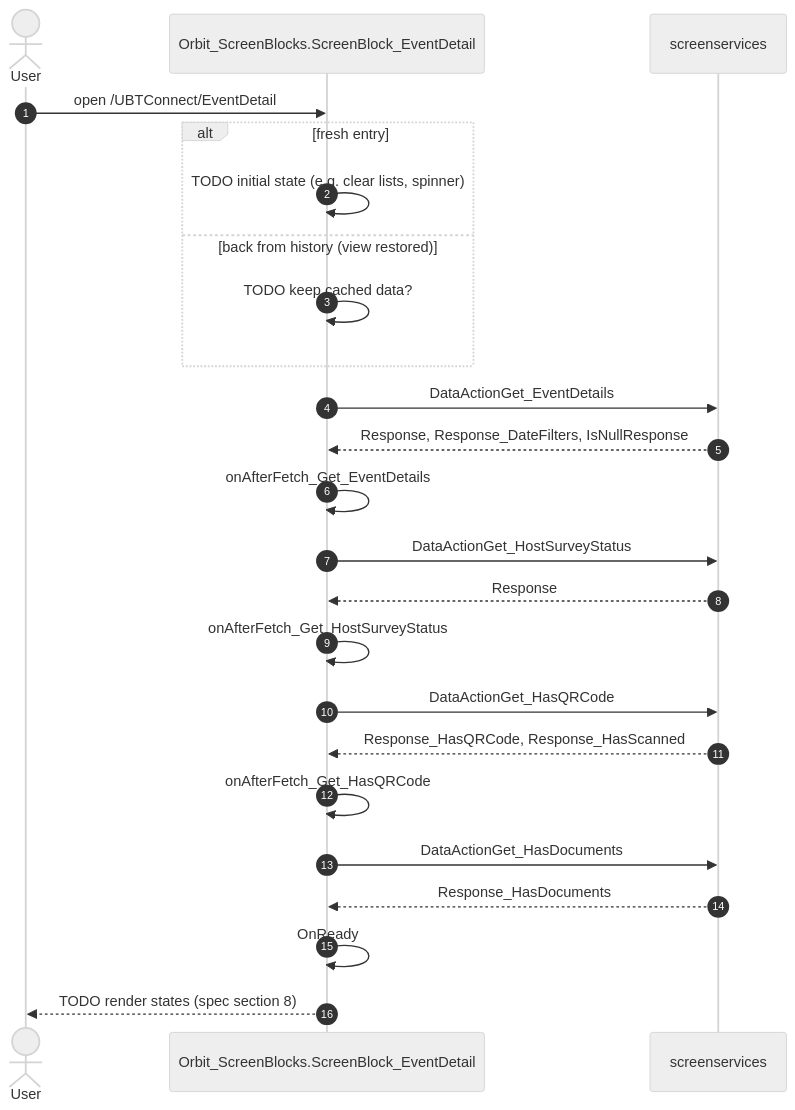
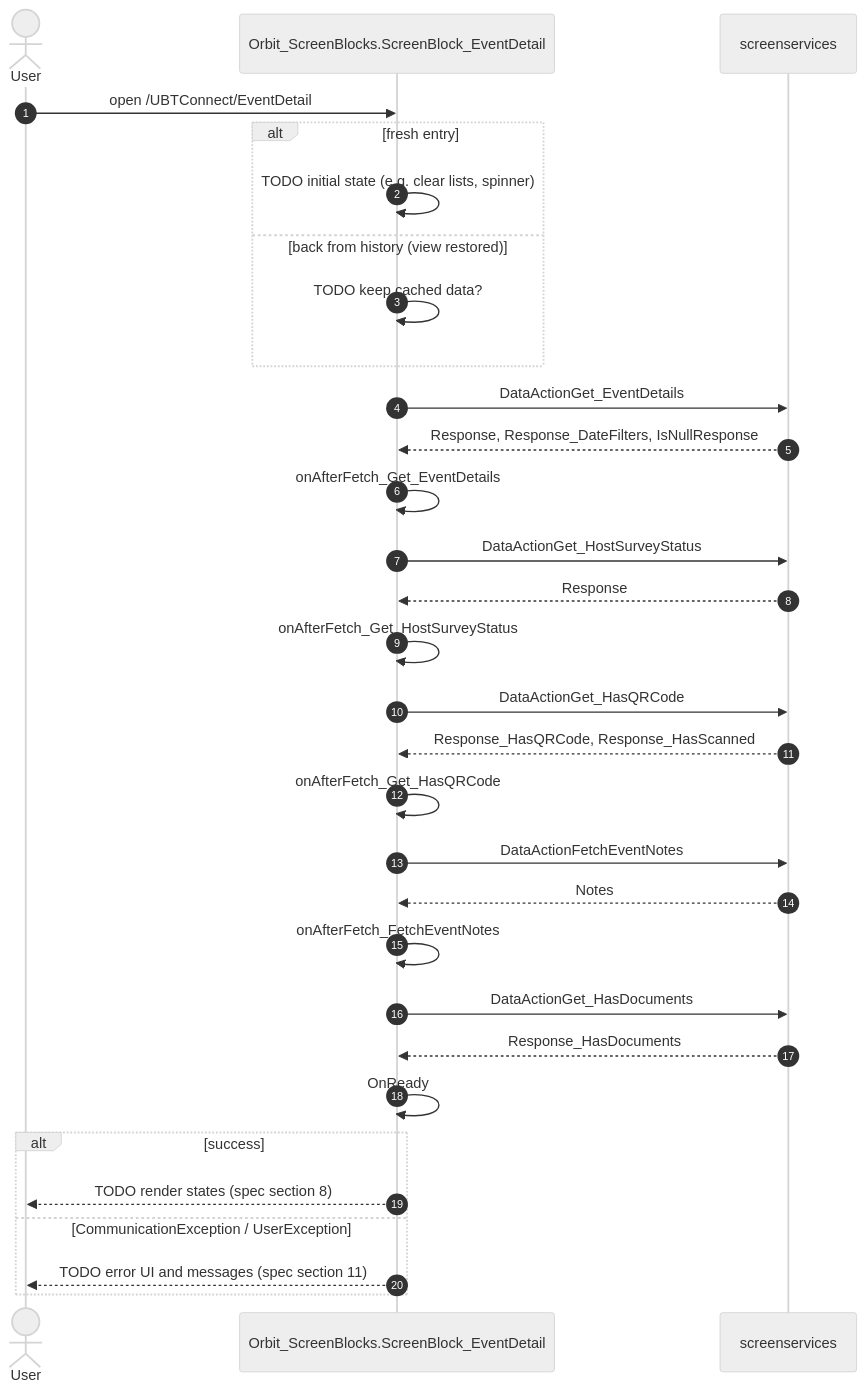
The second of 3 diagrams in migration/screens/EventDetail/analysis/diagrams.md (Phoenix-DX/connect-new-ui), drawn with Mermaid (neutral theme) before and after one commit. The commit also changed other lines of this file and 1877 other files, not shown here.

````diff
--- a/migration/screens/EventDetail/analysis/diagrams.md
+++ b/migration/screens/EventDetail/analysis/diagrams.md
@@ -50,27 +56,34 @@
 ```mermaid
 %% DRAFT generated by analyze_capture.py. Fill every TODO from the handlers in sources/pretty.
 sequenceDiagram
   autonumber
   actor U as User
   participant S as Orbit_ScreenBlocks.ScreenBlock_EventDetail
   participant API as screenservices
   U->>S: open /UBTConnect/EventDetail
   alt fresh entry
     S->>S: TODO initial state (e.g. clear lists, spinner)
   else back from history (view restored)
     S->>S: TODO keep cached data?
   end
   S->>API: DataActionGet_EventDetails
   API-->>S: Response, Response_DateFilters, IsNullResponse
   S->>S: onAfterFetch_Get_EventDetails
   S->>API: DataActionGet_HostSurveyStatus
   API-->>S: Response
   S->>S: onAfterFetch_Get_HostSurveyStatus
   S->>API: DataActionGet_HasQRCode
   API-->>S: Response_HasQRCode, Response_HasScanned
   S->>S: onAfterFetch_Get_HasQRCode
+  S->>API: DataActionFetchEventNotes
+  API-->>S: Notes
+  S->>S: onAfterFetch_FetchEventNotes
   S->>API: DataActionGet_HasDocuments
   API-->>S: Response_HasDocuments
   S->>S: OnReady
-  S-->>U: TODO render states (spec section 8)
+  alt success
+    S-->>U: TODO render states (spec section 8)
+  else CommunicationException / UserException
+    S-->>U: TODO error UI and messages (spec section 11)
+  end
 ```
````
